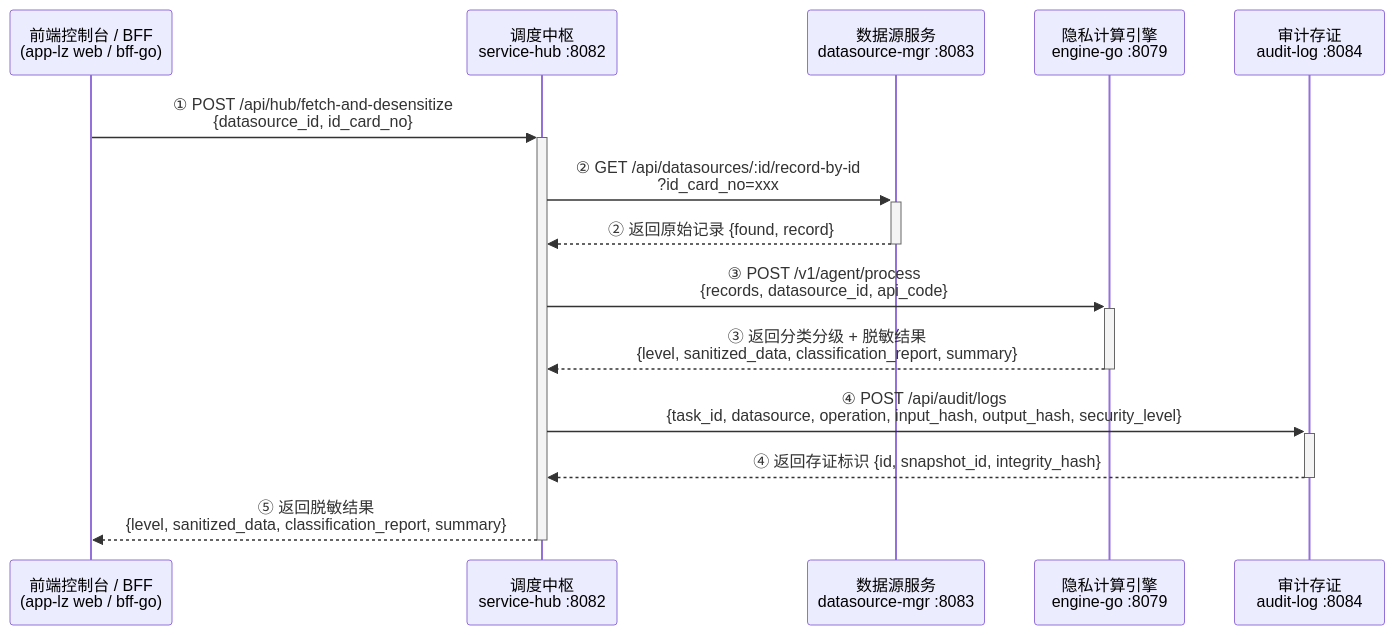
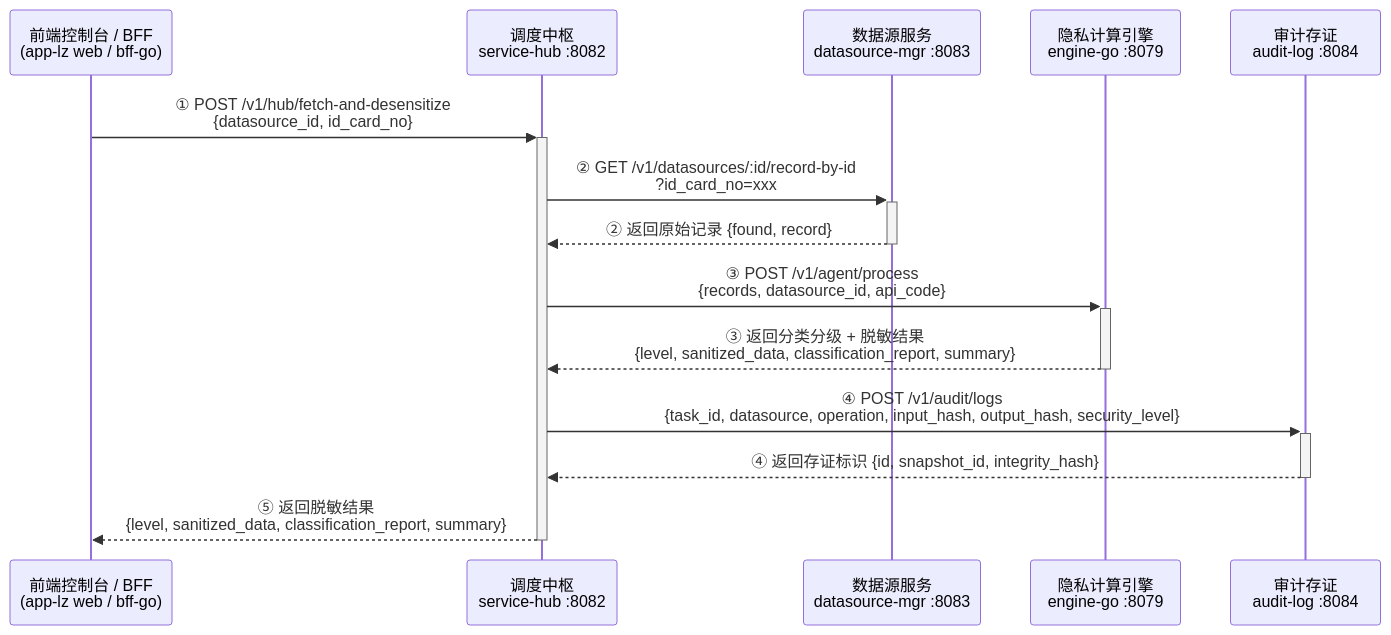
One commit to fengzhizi319/PrivShield-go changed the second of 2 diagrams in services/service-hub/docs/api.md. Above: the diagram before and after it, drawn with Mermaid. The commit also changed other lines of this file and 162 other files, not shown here.

````diff
--- a/services/service-hub/docs/api.md
+++ b/services/service-hub/docs/api.md
@@ -607,21 +607,21 @@
 ```mermaid
 sequenceDiagram
     participant Client as 前端控制台 / BFF<br/>(app-lz web / bff-go)
     participant Hub as 调度中枢<br/>service-hub :8082
     participant DS as 数据源服务<br/>datasource-mgr :8083
     participant Engine as 隐私计算引擎<br/>engine-go :8079
     participant Audit as 审计存证<br/>audit-log :8084
 
-    Client->>+Hub: ① POST /api/hub/fetch-and-desensitize<br/>{datasource_id, id_card_no}
+    Client->>+Hub: ① POST /v1/hub/fetch-and-desensitize<br/>{datasource_id, id_card_no}
 
-    Hub->>+DS: ② GET /api/datasources/:id/record-by-id<br/>?id_card_no=xxx
+    Hub->>+DS: ② GET /v1/datasources/:id/record-by-id<br/>?id_card_no=xxx
     DS-->>-Hub: ② 返回原始记录 {found, record}
 
     Hub->>+Engine: ③ POST /v1/agent/process<br/>{records, datasource_id, api_code}
     Engine-->>-Hub: ③ 返回分类分级 + 脱敏结果<br/>{level, sanitized_data, classification_report, summary}
 
-    Hub->>+Audit: ④ POST /api/audit/logs<br/>{task_id, datasource, operation, input_hash, output_hash, security_level}
+    Hub->>+Audit: ④ POST /v1/audit/logs<br/>{task_id, datasource, operation, input_hash, output_hash, security_level}
     Audit-->>-Hub: ④ 返回存证标识 {id, snapshot_id, integrity_hash}
 
     Hub-->>-Client: ⑤ 返回脱敏结果<br/>{level, sanitized_data, classification_report, summary}
 ```
````
